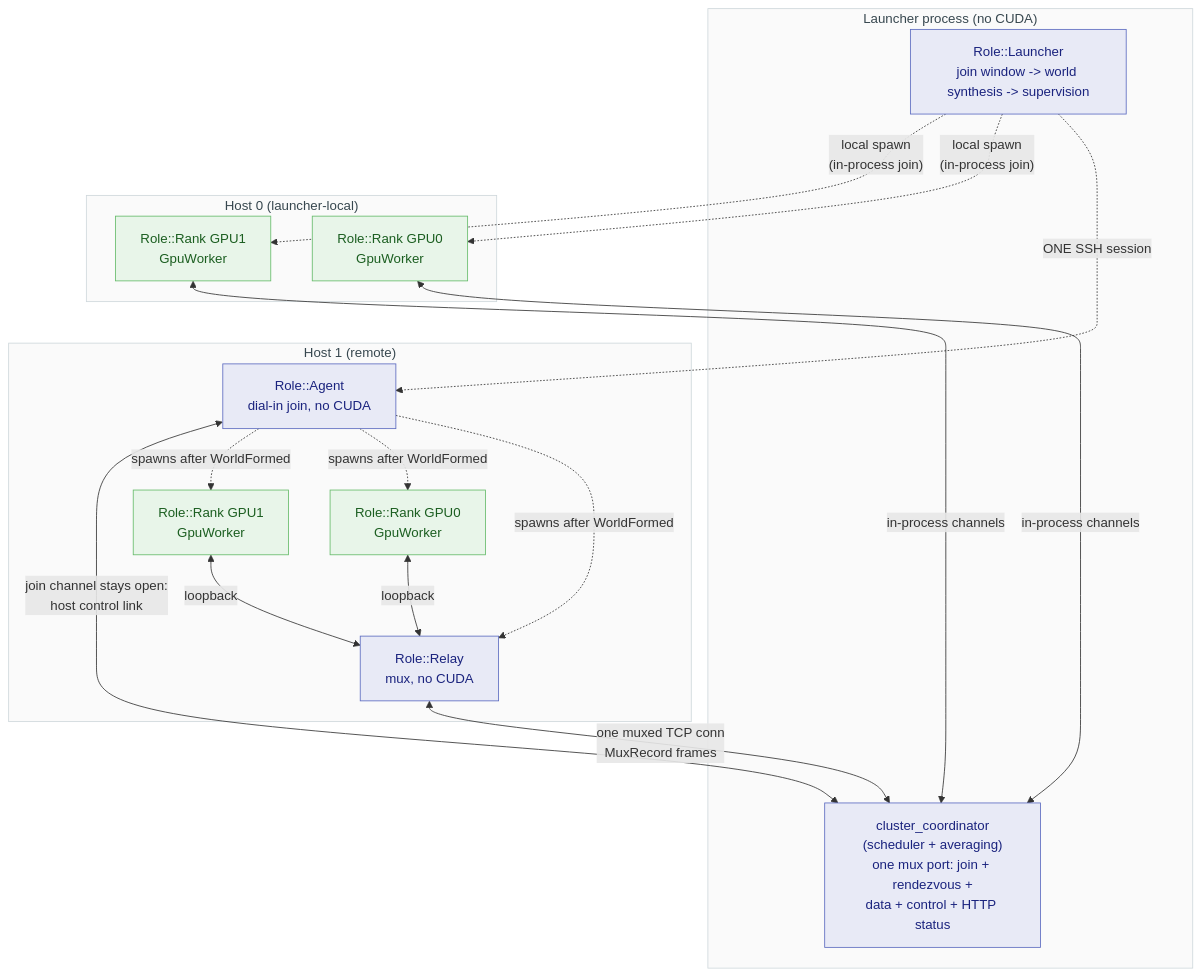
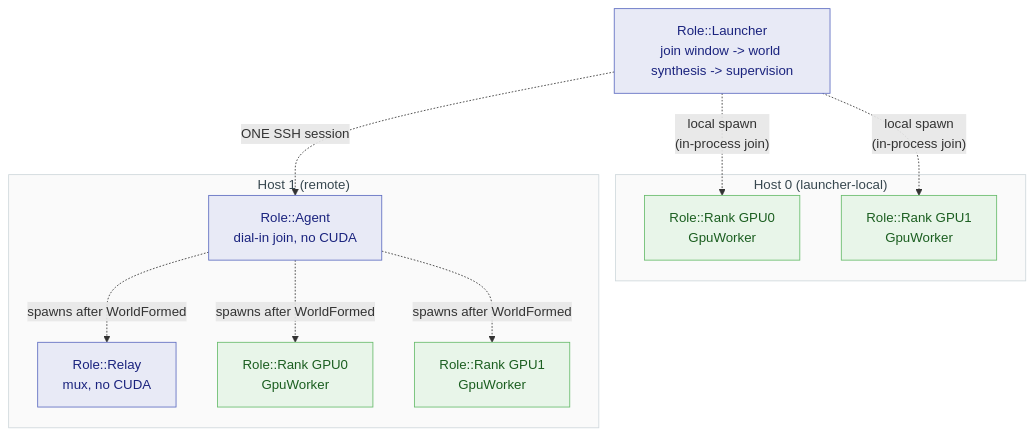
The first of 8 diagrams in docs/distributed/architecture.md (fab2s/floDl), drawn with Mermaid before and after one commit. The commit also changed other lines of this file and 6 other files, not shown here.

````diff
--- a/docs/distributed/architecture.md
+++ b/docs/distributed/architecture.md
@@ -122,44 +122,30 @@
 ```mermaid
 flowchart TB
-    subgraph launchbox["Launcher process (no CUDA)"]
-        L["Role::Launcher<br/>join window -> world synthesis -> supervision"]
-        C["cluster_coordinator<br/>(scheduler + averaging)<br/>one mux port: join + rendezvous +<br/>data + control + HTTP status"]
-    end
+    L["Role::Launcher<br/>join window -> world synthesis -> supervision"]
 
     subgraph host0["Host 0 (launcher-local)"]
         W0["Role::Rank GPU0<br/>GpuWorker"]
         W1["Role::Rank GPU1<br/>GpuWorker"]
     end
 
     subgraph host1["Host 1 (remote)"]
         A1["Role::Agent<br/>dial-in join, no CUDA"]
         R1["Role::Relay<br/>mux, no CUDA"]
         W2["Role::Rank GPU0<br/>GpuWorker"]
         W3["Role::Rank GPU1<br/>GpuWorker"]
     end
 
-    L -.->|ONE SSH session| A1
     L -.->|"local spawn<br/>(in-process join)"| W0
     L -.->|"local spawn<br/>(in-process join)"| W1
+    L -.->|ONE SSH session| A1
     A1 -.->|spawns after WorldFormed| R1
     A1 -.->|spawns after WorldFormed| W2
     A1 -.->|spawns after WorldFormed| W3
 
-    A1 <-->|join channel stays open:<br/>host control link| C
-    W0 <-->|in-process channels| C
-    W1 <-->|in-process channels| C
-    W2 <-->|loopback| R1
-    W3 <-->|loopback| R1
-    R1 <-->|one muxed TCP conn<br/>MuxRecord frames| C
-
-    %% Stack the hosts instead of letting dagre put them side by side: with
-    %% both wired to the launcher they land on one rank and the chart sprawls.
-    host0 ~~~ host1
-
     classDef actor fill:#e8eaf6,stroke:#5c6bc0,color:#1a237e
     classDef good fill:#e8f5e9,stroke:#66bb6a,color:#1b5e20
-    class L,C,A1,R1 actor
+    class L,A1,R1 actor
     class W0,W1,W2,W3 good
     classDef group fill:#fafafa,stroke:#cfd8dc,color:#37474f
-    class launchbox,host0,host1 group
+    class host0,host1 group
 ```
````
